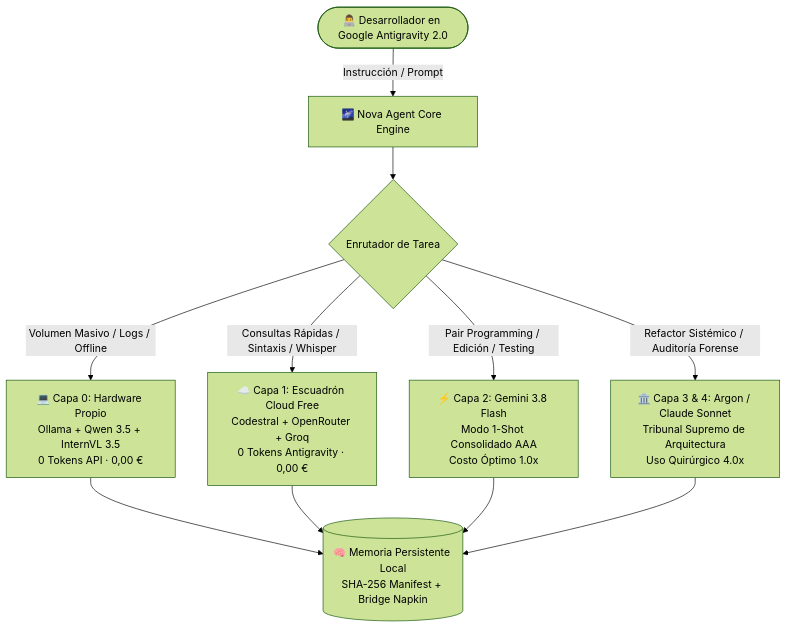
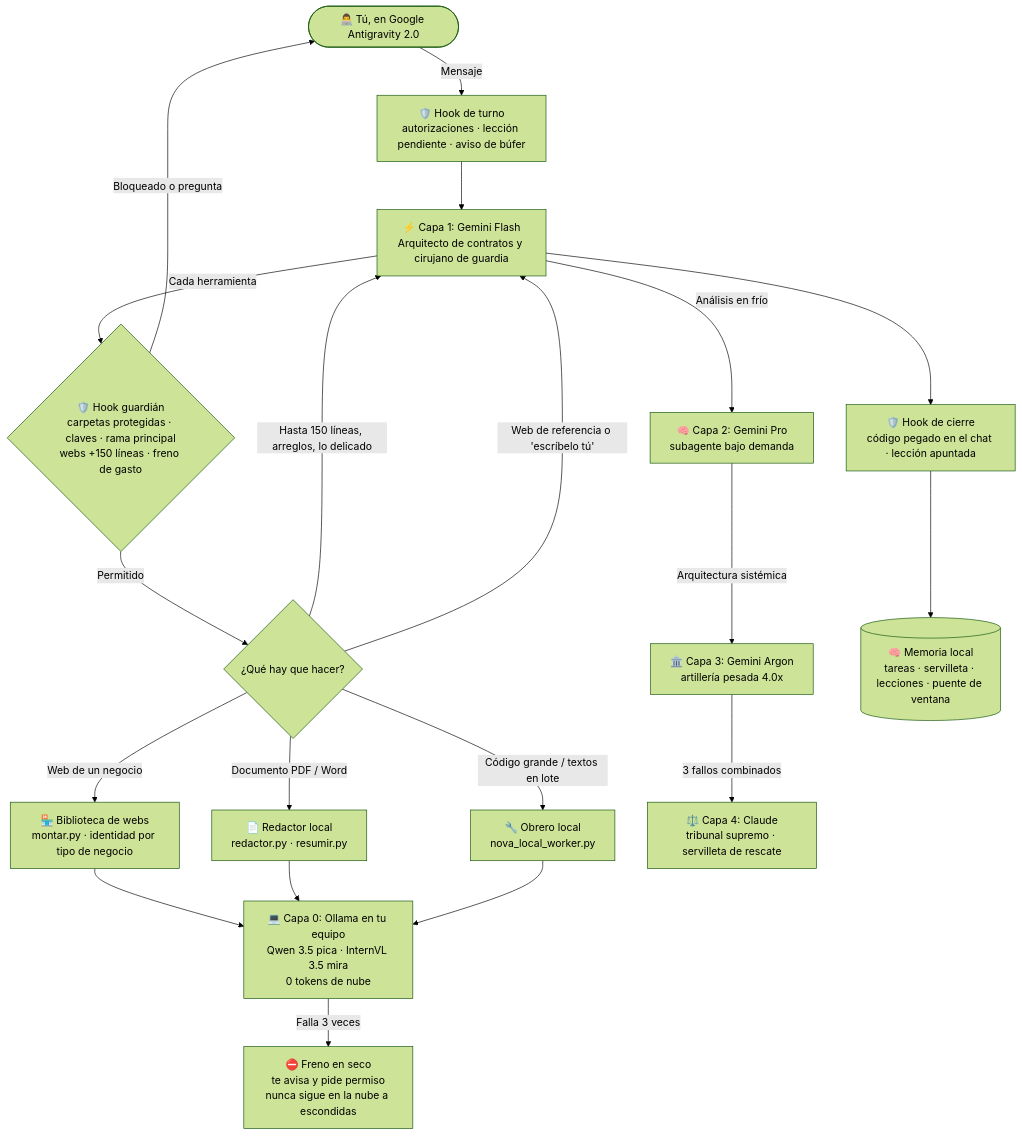
The diagram in README.md (Luaz2021/Nova-Agent-Core-Demo), drawn with Mermaid (forest theme) before and after one commit. The commit also changed other lines of this file, not shown here.

Commit message:
docs(readme): arquitectura v3.0 - piramide de 5 capas con hooks y freno en seco

````diff
--- a/README.md
+++ b/README.md
@@ -48,16 +48,25 @@
 ```mermaid
 flowchart TD
-    User([👨‍💻 Desarrollador en Google Antigravity 2.0]) -->|Instrucción / Prompt| Nova[🌌 Nova Agent Core Engine]
-    
-    Nova --> Dispatcher{Enrutador de Tarea}
-    
-    Dispatcher -->|Volumen Masivo / Logs / Offline| Capa0[💻 Capa 0: Hardware Propio<br>Ollama + Qwen 3.5 + InternVL 3.5<br>0 Tokens API · 0,00 €]
-    Dispatcher -->|Consultas Rápidas / Sintaxis / Whisper| Capa1[☁️ Capa 1: Escuadrón Cloud Free<br>Codestral + OpenRouter + Groq<br>0 Tokens Antigravity · 0,00 €]
-    Dispatcher -->|Pair Programming / Edición / Testing| Capa2[⚡ Capa 2: Gemini 3.8 Flash<br>Modo 1-Shot Consolidado AAA<br>Costo Óptimo 1.0x]
-    Dispatcher -->|Refactor Sistémico / Auditoría Forense| Capa3[🏛️ Capa 3 & 4: Argon / Claude Sonnet<br>Tribunal Supremo de Arquitectura<br>Uso Quirúrgico 4.0x]
-    
-    Capa0 --> LocalVault[(🧠 Memoria Persistente Local<br>SHA-256 Manifest + Bridge Napkin)]
-    Capa1 --> LocalVault
-    Capa2 --> LocalVault
-    Capa3 --> LocalVault
+    User([👨‍💻 Tú, en Google Antigravity 2.0]) -->|Mensaje| Pre[🛡️ Hook de turno<br>autorizaciones · lección pendiente · aviso de búfer]
+    Pre --> Flash[⚡ Capa 1: Gemini Flash<br>Arquitecto de contratos y cirujano de guardia]
+    Flash -->|Cada herramienta| Guard{🛡️ Hook guardián<br>carpetas protegidas · claves · rama principal<br>webs +150 líneas · freno de gasto}
+    Guard -->|Bloqueado o pregunta| User
+    Guard -->|Permitido| Dispatcher{¿Qué hay que hacer?}
+
+    Dispatcher -->|Web de un negocio| Biblio[🏪 Biblioteca de webs<br>montar.py · identidad por tipo de negocio]
+    Dispatcher -->|Documento PDF / Word| Redactor[📄 Redactor local<br>redactor.py · resumir.py]
+    Dispatcher -->|Código grande / textos en lote| Obrero[🔧 Obrero local<br>nova_local_worker.py]
+    Biblio --> Capa0
+    Redactor --> Capa0
+    Obrero --> Capa0[💻 Capa 0: Ollama en tu equipo<br>Qwen 3.5 pica · InternVL 3.5 mira<br>0 tokens de nube]
+
+    Dispatcher -->|Hasta 150 líneas, arreglos, lo delicado| Flash
+    Dispatcher -->|Web de referencia o 'escríbelo tú'| Flash
+    Capa0 -->|Falla 3 veces| Freno[⛔ Freno en seco<br>te avisa y pide permiso<br>nunca sigue en la nube a escondidas]
+    Flash -->|Análisis en frío| Pro[🧠 Capa 2: Gemini Pro<br>subagente bajo demanda]
+    Pro -->|Arquitectura sistémica| Argon[🏛️ Capa 3: Gemini Argon<br>artillería pesada 4.0x]
+    Argon -->|3 fallos combinados| Claude[⚖️ Capa 4: Claude<br>tribunal supremo · servilleta de rescate]
+
+    Flash --> Stop[🛡️ Hook de cierre<br>código pegado en el chat · lección apuntada]
+    Stop --> Memoria[(🧠 Memoria local<br>tareas · servilleta · lecciones · puente de ventana)]
 ```
````
